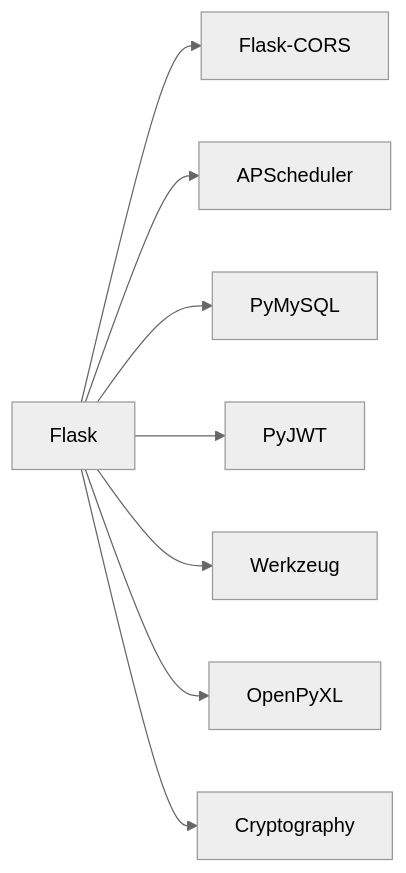
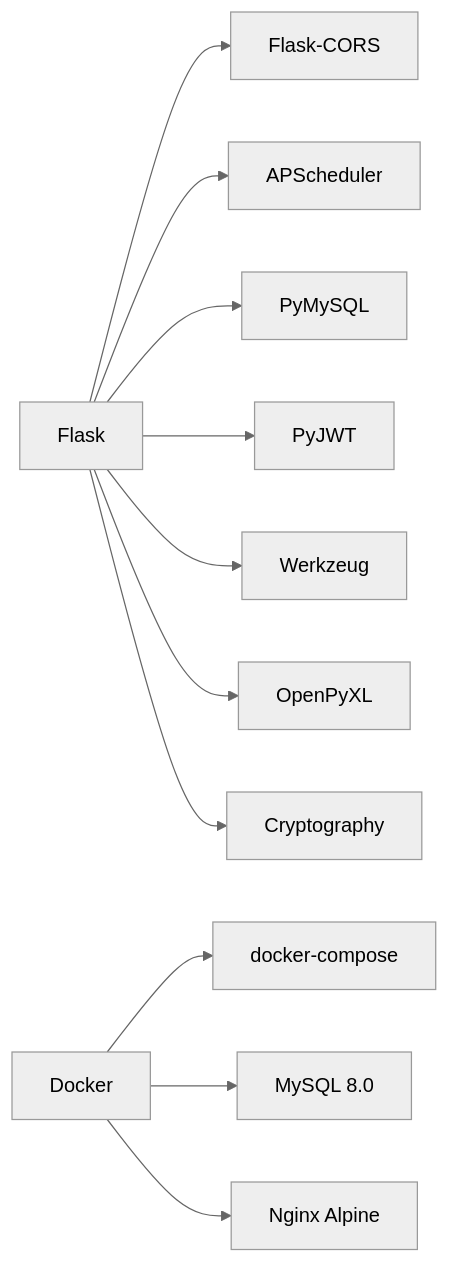
One commit to ismine3/OPS changed the fourth of 4 diagrams in .qoder/repowiki/zh/content/部署与运维/部署与运维.md. Above: the diagram before and after it, drawn with Mermaid (neutral theme). The commit also changed other lines of this file and 32 other files, not shown here.

````diff
--- a/.qoder/repowiki/zh/content/部署与运维/部署与运维.md
+++ b/.qoder/repowiki/zh/content/部署与运维/部署与运维.md
@@ -174,10 +257,13 @@
 ```mermaid
 graph LR
 Flask["Flask"] --> CORS["Flask-CORS"]
 Flask --> APS["APScheduler"]
 Flask --> PyMySQL["PyMySQL"]
 Flask --> JWT["PyJWT"]
 Flask --> Werk["Werkzeug"]
 Flask --> OpenPyXL["OpenPyXL"]
 Flask --> Crypto["Cryptography"]
+Docker["Docker"] --> DockerCompose["docker-compose"]
+Docker --> MySQL["MySQL 8.0"]
+Docker --> Nginx["Nginx Alpine"]
 ```
````
